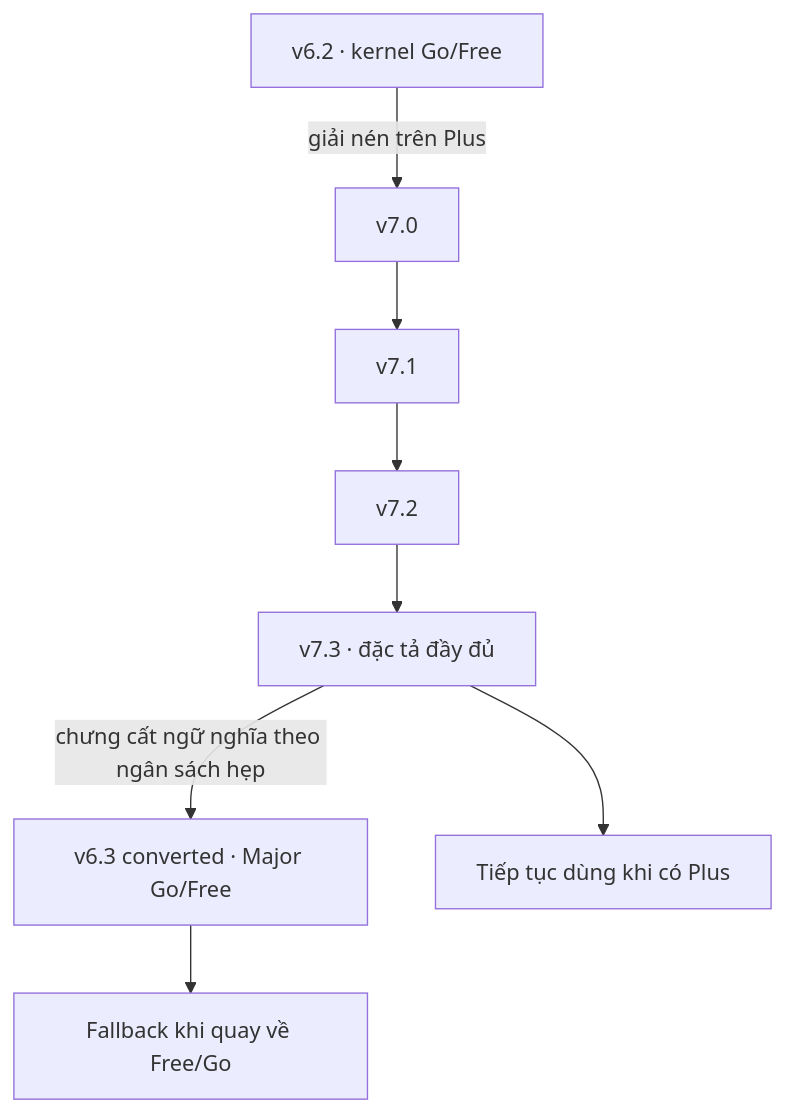
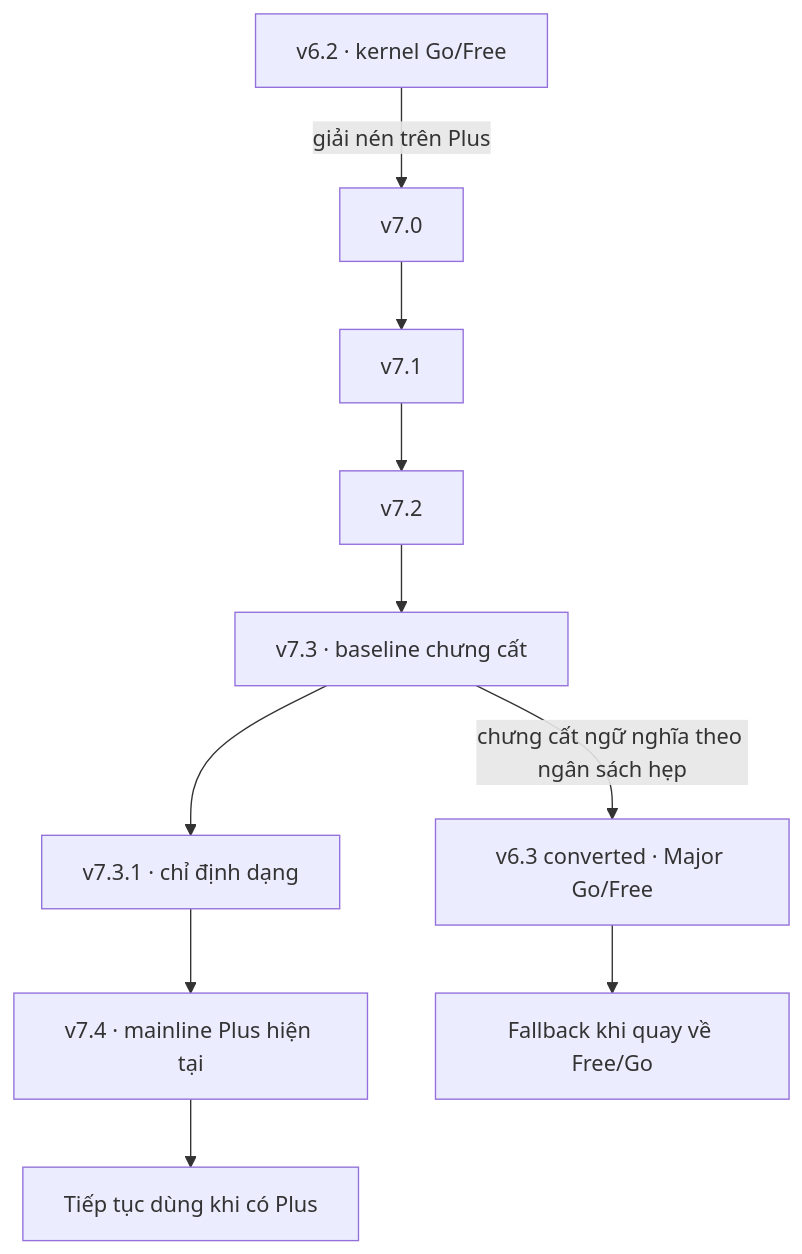
One commit to lead21pc/chatgpt-ci-worldbuilding changed the diagram in CI_DESIGN_EVOLUTION_AND_DEPLOYMENT_VI.md. Above: the diagram before and after it, drawn with Mermaid. The commit also changed other lines of this file and 5 other files, not shown here.

````diff
--- a/CI_DESIGN_EVOLUTION_AND_DEPLOYMENT_VI.md
+++ b/CI_DESIGN_EVOLUTION_AND_DEPLOYMENT_VI.md
@@ -218,8 +235,9 @@
 ```mermaid
 flowchart TD
     A["v6.2 · kernel Go/Free"] -->|"giải nén trên Plus"| B["v7.0"]
-    B --> C["v7.1"] --> D["v7.2"] --> E["v7.3 · đặc tả đầy đủ"]
+    B --> C["v7.1"] --> D["v7.2"] --> E["v7.3 · baseline chưng cất"]
+    E --> I["v7.3.1 · chỉ định dạng"] --> J["v7.4 · mainline Plus hiện tại"]
     E -->|"chưng cất ngữ nghĩa theo ngân sách hẹp"| F["v6.3 converted · Major Go/Free"]
-    E --> G["Tiếp tục dùng khi có Plus"]
+    J --> G["Tiếp tục dùng khi có Plus"]
     F --> H["Fallback khi quay về Free/Go"]
 ```
````
